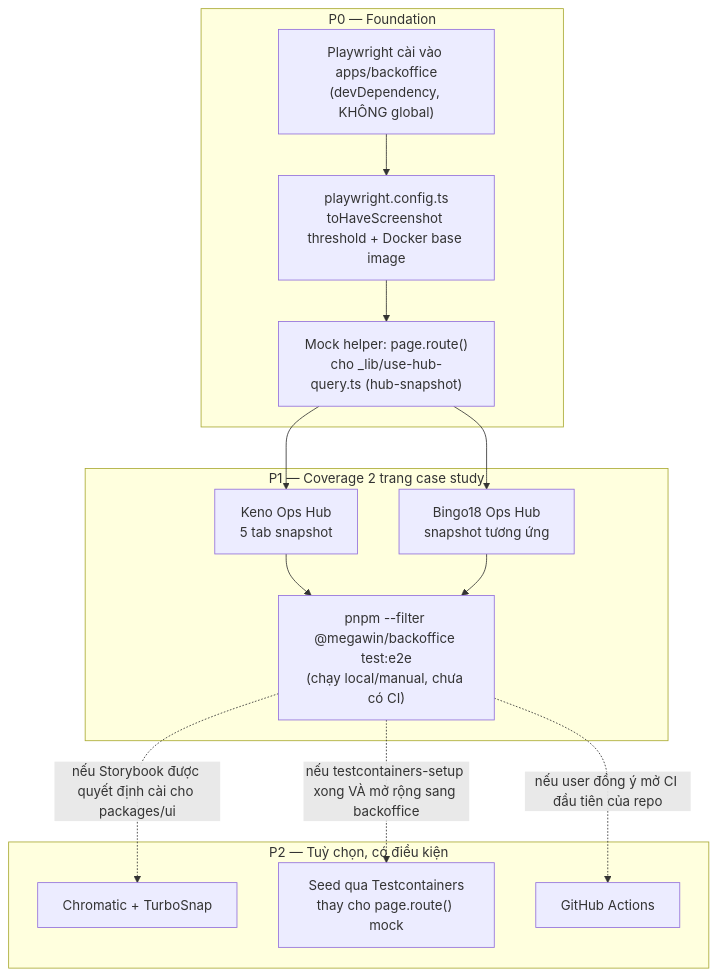
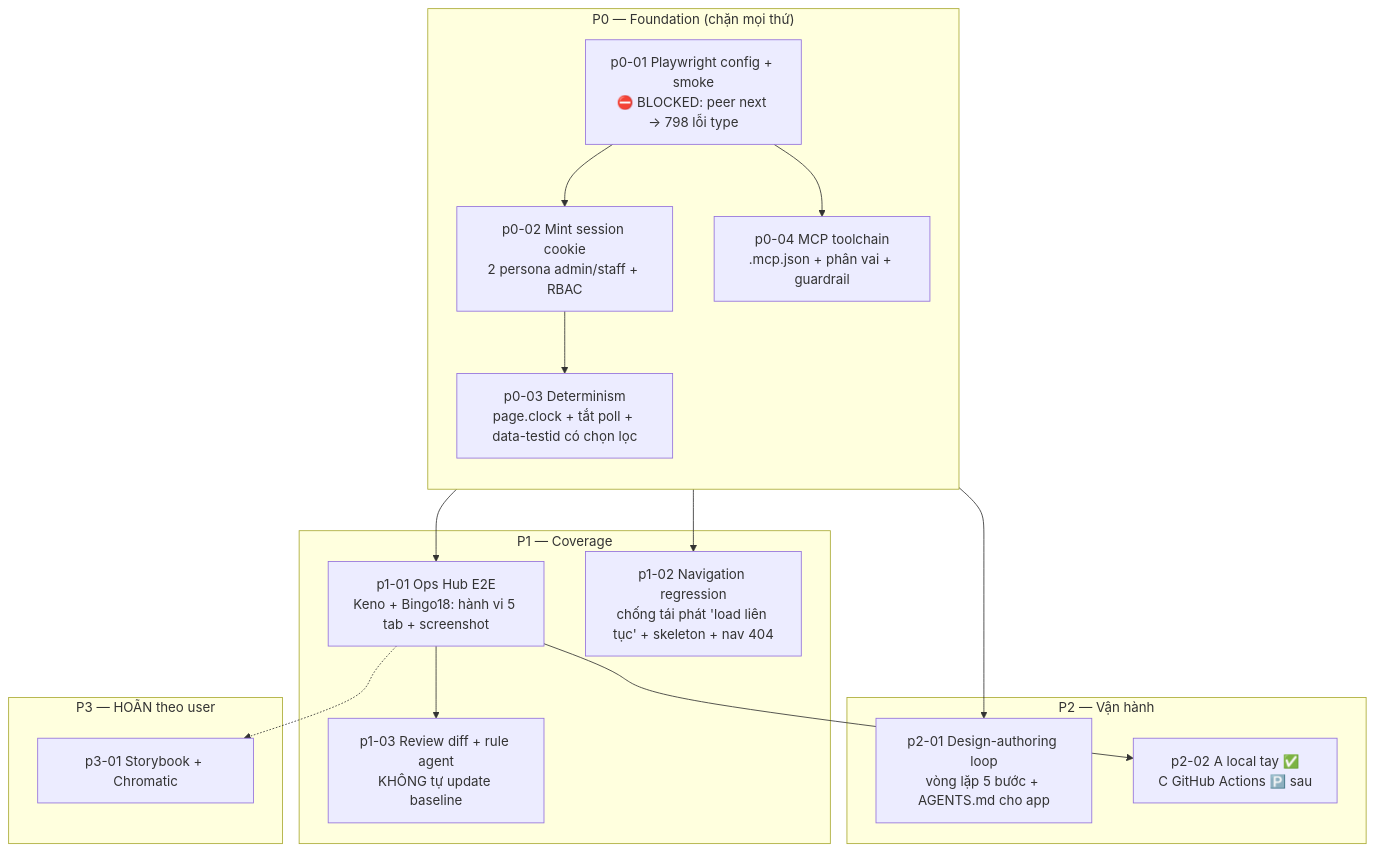
Before and after one commit to codeguru0x/megawin: the second of 2 diagrams in .cursor/plans/ui-visual-regression/00-overview.md, drawn with Mermaid. The commit also changed other lines of this file and 48 other files, not shown here.

First line of the commit message:
chore: update .gitignore and pnpm configuration for Playwright integration

````diff
--- a/.cursor/plans/ui-visual-regression/00-overview.md
+++ b/.cursor/plans/ui-visual-regression/00-overview.md
@@ -45,20 +144,34 @@
 ```mermaid
 flowchart TB
-  subgraph p0 [P0 — Foundation]
-    pw["Playwright cài vào apps/backoffice\n(devDependency, KHÔNG global)"] --> cfg["playwright.config.ts\ntoHaveScreenshot threshold + Docker base image"]
-    cfg --> mock["Mock helper: page.route()\ncho _lib/use-hub-query.ts (hub-snapshot)"]
+  subgraph P0 ["P0 — Foundation (chặn mọi thứ)"]
+    direction TB
+    f1["p0-01 Playwright config + smoke<br/>⛔ BLOCKED: peer next → 798 lỗi type"]
+    f2["p0-02 Mint session cookie<br/>2 persona admin/staff + RBAC"]
+    f3["p0-03 Determinism<br/>page.clock + tắt poll + data-testid có chọn lọc"]
+    f4["p0-04 MCP toolchain<br/>.mcp.json + phân vai + guardrail"]
+    f1 --> f2 --> f3
+    f1 --> f4
   end
 
-  subgraph p1 [P1 — Coverage 2 trang case study]
-    mock --> keno["Keno Ops Hub\n5 tab snapshot"]
-    mock --> bingo["Bingo18 Ops Hub\nsnapshot tương ứng"]
-    keno --> local["pnpm --filter @megawin/backoffice test:e2e\n(chạy local/manual, chưa có CI)"]
-    bingo --> local
+  subgraph P1 ["P1 — Coverage"]
+    c1["p1-01 Ops Hub E2E<br/>Keno + Bingo18: hành vi 5 tab + screenshot"]
+    c2["p1-02 Navigation regression<br/>chống tái phát 'load liên tục' + skeleton + nav 404"]
+    c3["p1-03 Review diff + rule agent<br/>KHÔNG tự update baseline"]
   end
 
-  subgraph p2 [P2 — Tuỳ chọn, có điều kiện]
-    local -.->|"nếu Storybook được quyết định cài cho packages/ui"| chromatic["Chromatic + TurboSnap"]
-    local -.->|"nếu testcontainers-setup xong VÀ mở rộng sang backoffice"| tc["Seed qua Testcontainers\nthay cho page.route() mock"]
-    local -.->|"nếu user đồng ý mở CI đầu tiên của repo"| ci["GitHub Actions"]
+  subgraph P2 ["P2 — Vận hành"]
+    d1["p2-01 Design-authoring loop<br/>vòng lặp 5 bước + AGENTS.md cho app"]
+    d2["p2-02 A local tay ✅<br/>C GitHub Actions 🅿️ sau"]
   end
+
+  subgraph P3 ["P3 — HOÃN theo user"]
+    x1["p3-01 Storybook + Chromatic"]
+  end
+
+  f3 --> c1
+  f3 --> c2
+  f4 --> d1
+  c1 --> c3
+  c1 --> d2
+  c1 -.-> x1
 ```
````
